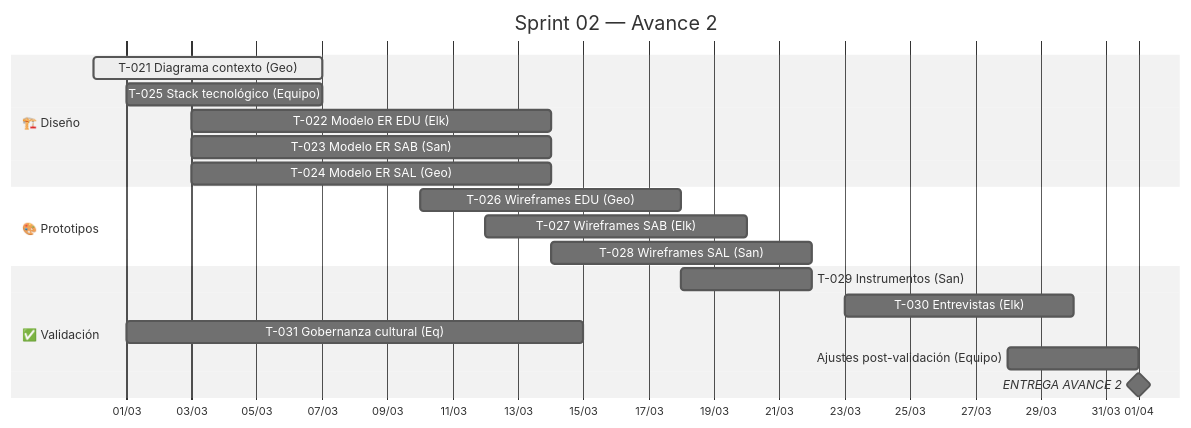
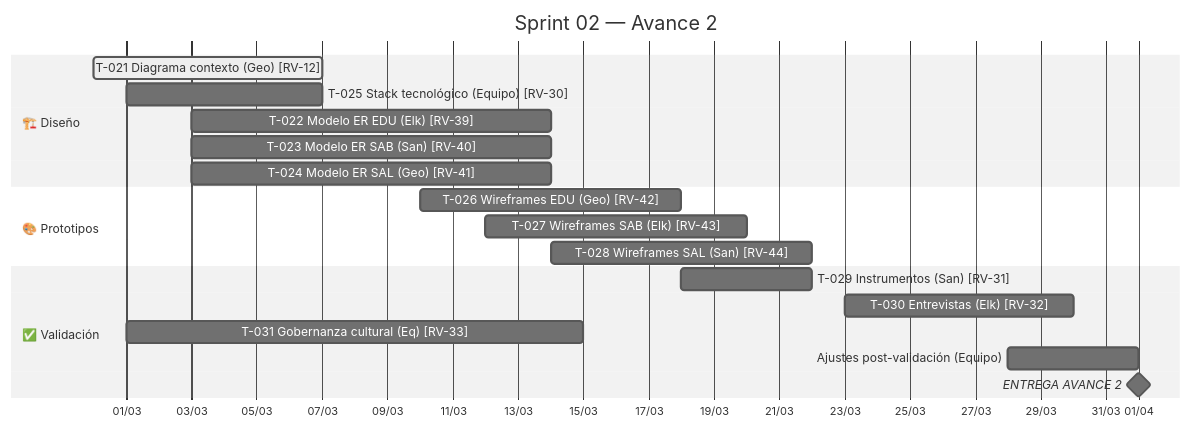
The diagram in 05-Sprints/Sprint-02/Sprint-02-Planning.md (yonrasgg/RAICES_VIVAS), drawn with Mermaid (neutral theme) before and after one commit. The commit also changed other lines of this file and 40 other files, not shown here.

````diff
--- a/05-Sprints/Sprint-02/Sprint-02-Planning.md
+++ b/05-Sprints/Sprint-02/Sprint-02-Planning.md
@@ -40,26 +40,26 @@
 ```mermaid
 gantt
     title Sprint 02 — Avance 2
     dateFormat YYYY-MM-DD
     axisFormat %d/%m
     todayMarker stroke-width:3px,stroke:#f66,opacity:0.8
 
     section 🏗️ Diseño
-    T-021 Diagrama contexto (Geo)      :active, t21, 2026-02-28, 2026-03-07
-    T-025 Stack tecnológico (Equipo)   :        t25, 2026-03-01, 2026-03-07
-    T-022 Modelo ER EDU (Elk)          :        t22, 2026-03-03, 2026-03-14
-    T-023 Modelo ER SAB (San)          :        t23, 2026-03-03, 2026-03-14
-    T-024 Modelo ER SAL (Geo)          :        t24, 2026-03-03, 2026-03-14
+    T-021 Diagrama contexto (Geo) [RV-12]  :active, t21, 2026-02-28, 2026-03-07
+    T-025 Stack tecnológico (Equipo) [RV-30]:        t25, 2026-03-01, 2026-03-07
+    T-022 Modelo ER EDU (Elk) [RV-39]      :        t22, 2026-03-03, 2026-03-14
+    T-023 Modelo ER SAB (San) [RV-40]      :        t23, 2026-03-03, 2026-03-14
+    T-024 Modelo ER SAL (Geo) [RV-41]      :        t24, 2026-03-03, 2026-03-14
 
     section 🎨 Prototipos
-    T-026 Wireframes EDU (Geo)         :        t26, 2026-03-10, 2026-03-18
-    T-027 Wireframes SAB (Elk)         :        t27, 2026-03-12, 2026-03-20
-    T-028 Wireframes SAL (San)         :        t28, 2026-03-14, 2026-03-22
+    T-026 Wireframes EDU (Geo) [RV-42]     :        t26, 2026-03-10, 2026-03-18
+    T-027 Wireframes SAB (Elk) [RV-43]     :        t27, 2026-03-12, 2026-03-20
+    T-028 Wireframes SAL (San) [RV-44]     :        t28, 2026-03-14, 2026-03-22
 
     section ✅ Validación
-    T-029 Instrumentos (San)           :        t29, 2026-03-18, 2026-03-22
-    T-030 Entrevistas (Elk)            :        t30, 2026-03-23, 2026-03-30
-    T-031 Gobernanza cultural (Eq)     :        t31, 2026-03-01, 2026-03-15
+    T-029 Instrumentos (San) [RV-31]       :        t29, 2026-03-18, 2026-03-22
+    T-030 Entrevistas (Elk) [RV-32]        :        t30, 2026-03-23, 2026-03-30
+    T-031 Gobernanza cultural (Eq) [RV-33] :        t31, 2026-03-01, 2026-03-15
     Ajustes post-validación (Equipo)   :        v3, 2026-03-28, 2026-04-01
     ENTREGA AVANCE 2                   :milestone, m2, 2026-04-01, 0d
 ```
````
